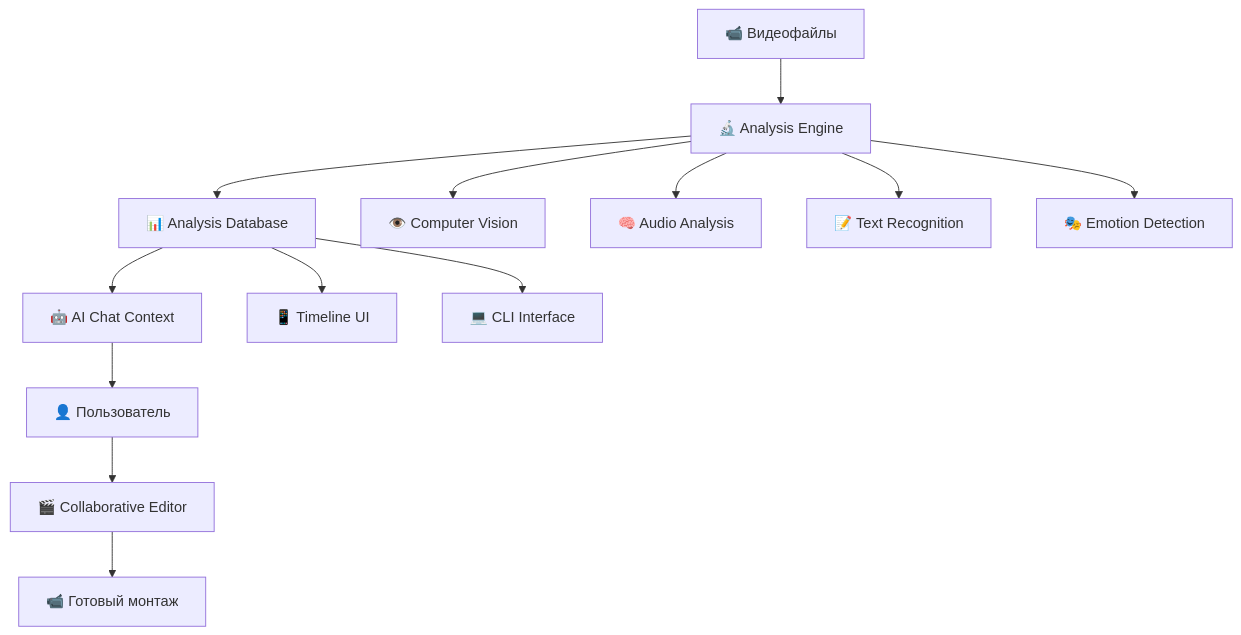
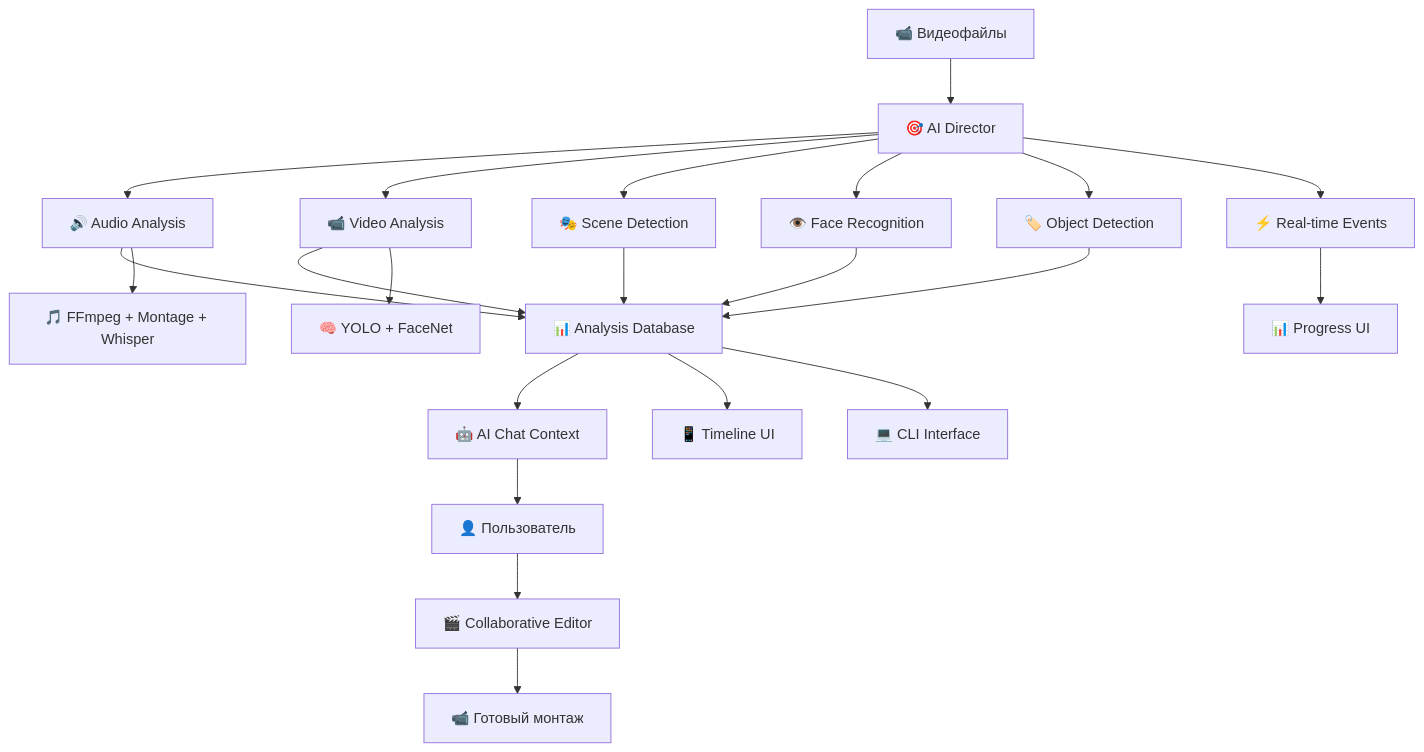
One commit to chatman-media/timeline-studio changed the diagram in docs/ru/08_tasks/active/ai-analysis-collaborative-editing-system.md. Above: the diagram before and after it, drawn with Mermaid. The commit also changed other lines of this file and 142 other files, not shown here.

First line of the commit message:
feat(ai-director): Complete AI Director unified architecture migration (Phase 1 + Phase 2)

````diff
--- a/docs/ru/08_tasks/active/ai-analysis-collaborative-editing-system.md
+++ b/docs/ru/08_tasks/active/ai-analysis-collaborative-editing-system.md
@@ -180,17 +221,29 @@
 ```mermaid
 graph TD
-    A[📹 Видеофайлы] --> B[🔬 Analysis Engine]
-    B --> C[📊 Analysis Database]
+    A[📹 Видеофайлы] --> AI[🎯 AI Director]
+    AI --> B1[🔊 Audio Analysis]
+    AI --> B2[📹 Video Analysis] 
+    AI --> B3[🎭 Scene Detection]
+    AI --> B4[👁️ Face Recognition]
+    AI --> B5[🏷️ Object Detection]
+    
+    B1 --> C[📊 Analysis Database]
+    B2 --> C
+    B3 --> C
+    B4 --> C
+    B5 --> C
+    
     C --> D[🤖 AI Chat Context]
     D --> E[👤 Пользователь]
     E --> F[🎬 Collaborative Editor]
     F --> G[📹 Готовый монтаж]
     
     C --> H[📱 Timeline UI]
     C --> I[💻 CLI Interface]
     
-    B --> J[👁️ Computer Vision]
-    B --> K[🧠 Audio Analysis]
-    B --> L[📝 Text Recognition]
-    B --> M[🎭 Emotion Detection]
+    AI --> J[⚡ Real-time Events]
+    J --> K[📊 Progress UI]
+    
+    B1 --> L[🎵 FFmpeg + Montage + Whisper]
+    B2 --> M[🧠 YOLO + FaceNet]
 ```
````
